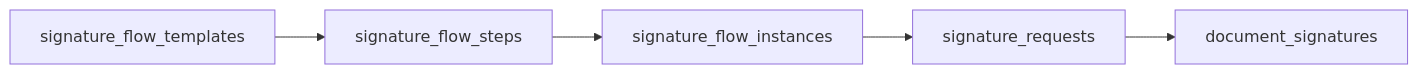
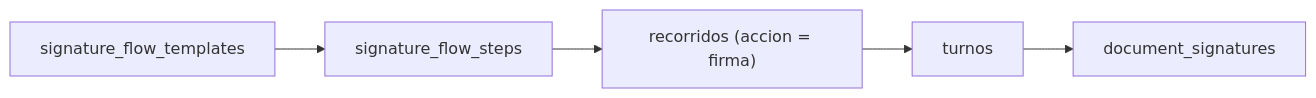
Before and after one commit to fresvel/deasy: the diagram in docs/src/content/docs/datos/firmas-y-dominios.md, drawn with Mermaid. The commit also changed other lines of this file and 50 other files, not shown here.

````diff
--- a/docs/src/content/docs/datos/firmas-y-dominios.md
+++ b/docs/src/content/docs/datos/firmas-y-dominios.md
@@ -7,8 +7,8 @@
 ```mermaid
 %% diagrama 10 — la cadena de firma, de la plantilla de flujo a la firma persistida
 flowchart LR
     TPL["signature_flow_templates"] --> STEPS["signature_flow_steps"]
-    STEPS --> INST["signature_flow_instances"]
-    INST --> REQ["signature_requests"]
+    STEPS --> INST["recorridos (accion = firma)"]
+    INST --> REQ["turnos"]
     REQ --> SIGS["document_signatures"]
 ```
````
